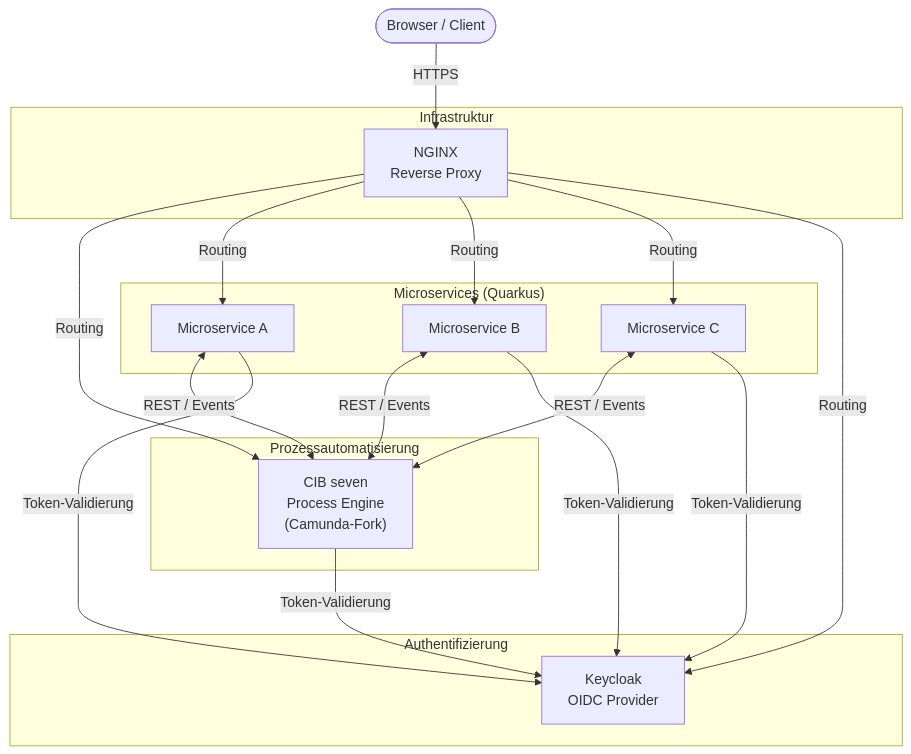
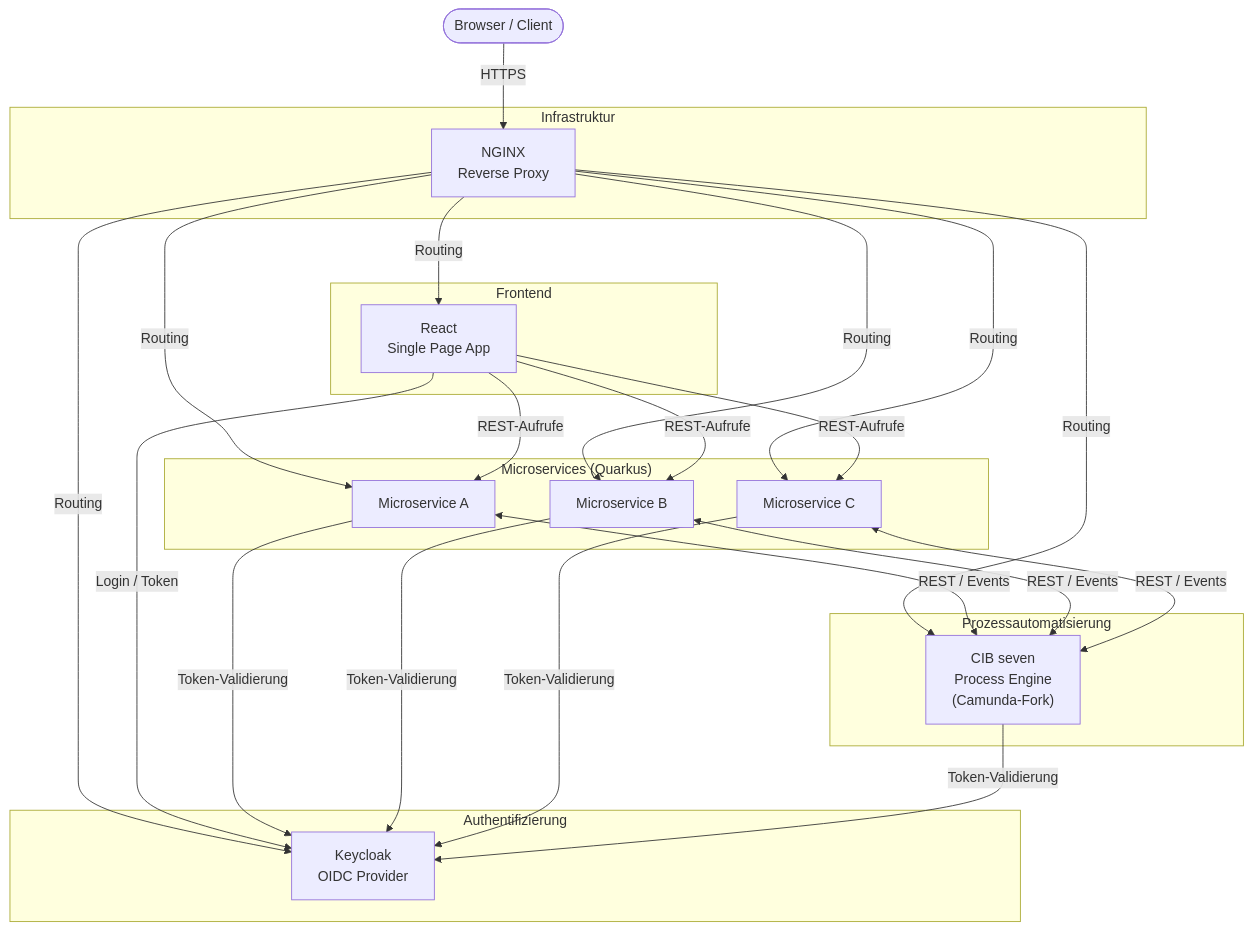
The diagram in docs/technik/architektur.md (d135-1r43/winfprojekt), drawn with Mermaid before and after one commit. The commit also changed other lines of this file and 4 other files, not shown here.

````diff
--- a/docs/technik/architektur.md
+++ b/docs/technik/architektur.md
@@ -11,39 +11,49 @@
 ```mermaid
 graph TD
     Browser(["Browser / Client"])
 
     Browser -->|HTTPS| NGINX
 
     subgraph Infrastruktur
         NGINX["NGINX\nReverse Proxy"]
     end
 
     subgraph Authentifizierung
         Keycloak["Keycloak\nOIDC Provider"]
     end
 
+    subgraph Frontend
+        UI["React\nSingle Page App"]
+    end
+
     subgraph Prozessautomatisierung
         CIB["CIB seven\nProcess Engine\n(Camunda-Fork)"]
     end
 
     subgraph Microservices["Microservices (Quarkus)"]
         MS1["Microservice A"]
         MS2["Microservice B"]
         MS3["Microservice C"]
     end
 
+    NGINX -->|Routing| UI
     NGINX -->|Routing| CIB
     NGINX -->|Routing| MS1
     NGINX -->|Routing| MS2
     NGINX -->|Routing| MS3
     NGINX -->|Routing| Keycloak
+
+    UI -->|REST-Aufrufe| MS1
+    UI -->|REST-Aufrufe| MS2
+    UI -->|REST-Aufrufe| MS3
+    UI -->|Login / Token| Keycloak
 
     MS1 <-->|REST / Events| CIB
     MS2 <-->|REST / Events| CIB
     MS3 <-->|REST / Events| CIB
 
     MS1 -->|Token-Validierung| Keycloak
     MS2 -->|Token-Validierung| Keycloak
     MS3 -->|Token-Validierung| Keycloak
     CIB -->|Token-Validierung| Keycloak
 ```
````
